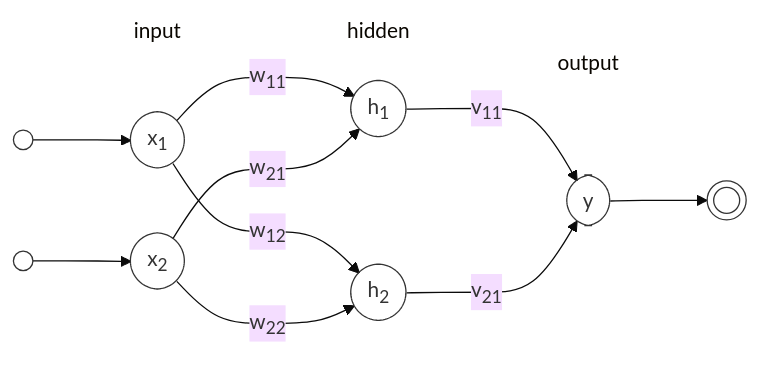
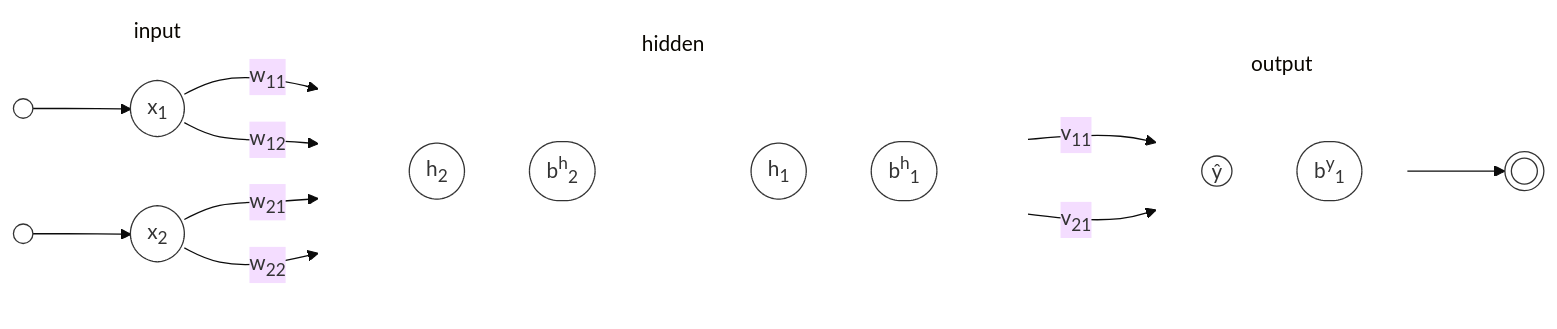
The second of 2 diagrams in docs/classes/mlp/main.md (Insper/ann-dl), drawn with Mermaid (base theme) before and after one commit. The commit also changed other lines of this file and 1 other file, not shown here.

````diff
--- a/docs/classes/mlp/main.md
+++ b/docs/classes/mlp/main.md
@@ -121,32 +139,48 @@
 ``` mermaid
 flowchart LR
     classDef default fill:transparent,stroke:#333,stroke-width:1px;
     classDef others fill:transparent,stroke:transparent,stroke-width:0px;
     subgraph input
         x1(["x<sub>1</sub>"])
         x2(["x<sub>2</sub>"])
     end
     subgraph hidden
-        h1(["h<sub>1</sub>"])
-        h2(["h<sub>2</sub>"])
+        direction TB
+        subgraph nh1[" "]
+            direction TB
+            style nh1 fill:transparent,stroke:transparent,stroke-width:0px
+            h1(["h<sub>1</sub>"])
+            bh1(["b<sup>h</sup><sub>1</sub>"])
+        end
+        subgraph nh2[" "]
+            direction TB
+            style nh2 fill:transparent,stroke:transparent,stroke-width:0px
+            h2(["h<sub>2</sub>"])
+            bh2(["b<sup>h</sup><sub>2</sub>"])
+        end
     end
     subgraph output
-        y(["y"])
+        subgraph ny[" "]
+            direction TB
+            style ny fill:transparent,stroke:transparent,stroke-width:0px
+            y(["y"])
+            by(["b<sup>y</sup><sub>1</sub>"])
+        end
     end
     in1@{ shape: circle, label: " " } --> x1
     in2@{ shape: circle, label: " " } --> x2
 
     x1 -->|"w<sub>11</sub>"|h1
     x1 -->|"w<sub>12</sub>"|h2
     x2 -->|"w<sub>21</sub>"|h1
     x2 -->|"w<sub>22</sub>"|h2
     
     h1 -->|"v<sub>11</sub>"|y
     h2 -->|"v<sub>21</sub>"|y
 
-    y --> out1@{ shape: dbl-circ, label: " " }
+    y(("ŷ")) --> out1@{ shape: dbl-circ, label: " " }
 
     style input fill:#fff,stroke:#666,stroke-width:0px
     style hidden fill:#fff,stroke:#666,stroke-width:0px
     style output fill:#fff,stroke:#666,stroke-width:0px
 ```
````
